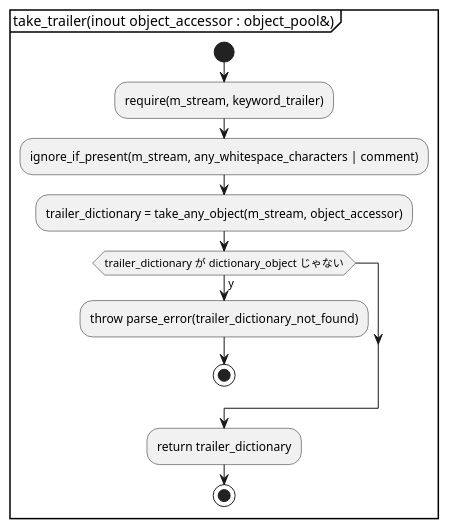
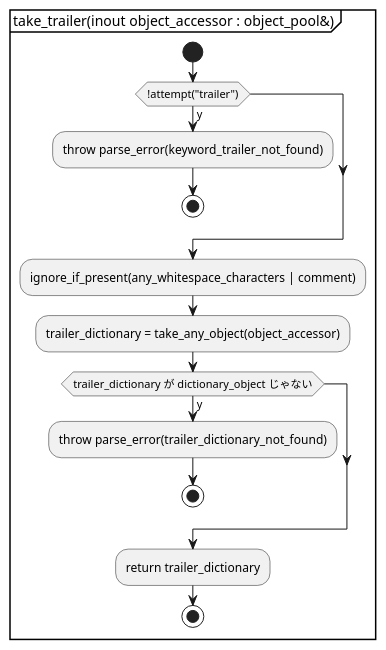
The tenth of 16 diagrams in document/stream_parser.activity.pu (KodaiYM/PDFReader), drawn with PlantUML before and after one commit. The commit also changed other lines of this file and 4 other files, not shown here.

```diff
--- a/document/stream_parser.activity.pu
+++ b/document/stream_parser.activity.pu
@@ -167,14 +241,17 @@
 @startuml take_trailer
 partition "take_trailer(inout object_accessor : object_pool&)" {
 start
-	:require(m_stream, keyword_trailer);
-	:ignore_if_present(m_stream, any_whitespace_characters | comment);
-	:trailer_dictionary = take_any_object(m_stream, object_accessor);
+	if (!attempt("trailer")) then (y)
+		:throw parse_error(keyword_trailer_not_found);
+		stop
+	endif
+	:ignore_if_present(any_whitespace_characters | comment);
+	:trailer_dictionary = take_any_object(object_accessor);
 	if (trailer_dictionary が dictionary_object じゃない) then (y)
 		:throw parse_error(trailer_dictionary_not_found);
 		stop
 	endif
 	:return trailer_dictionary;
 stop
 }
 @enduml
```
